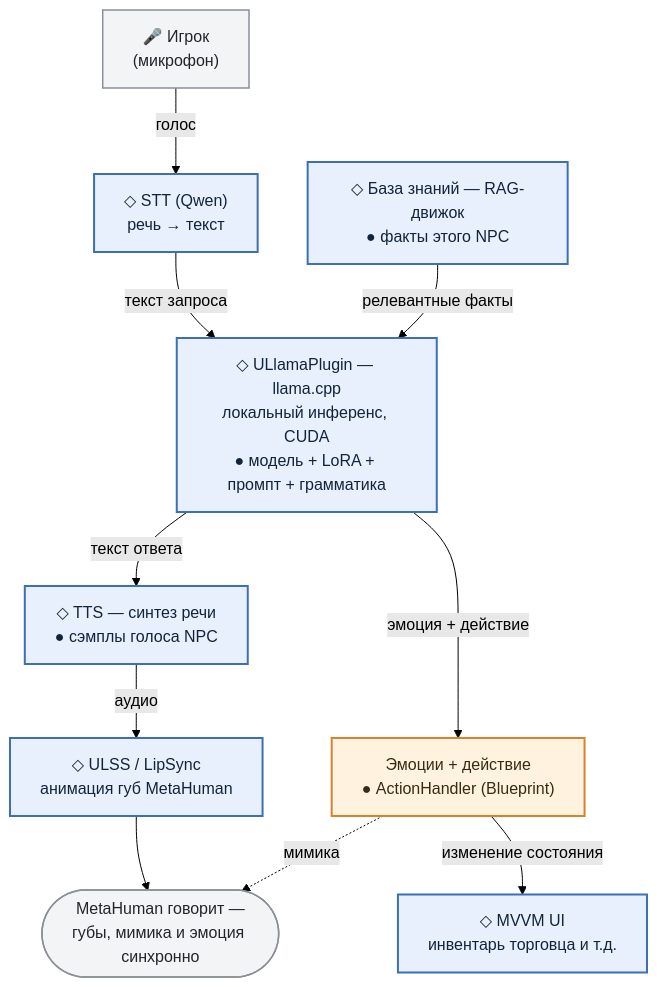
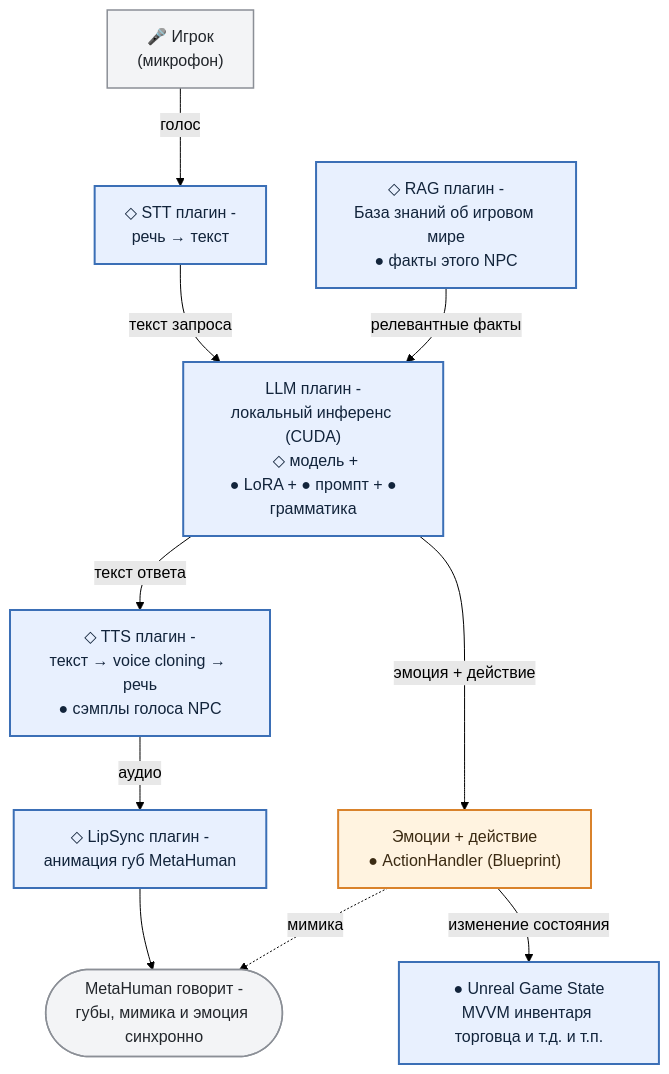
One commit to MimusTriurus/ullama_demo changed the diagram in docs/parts/section-01-overview.md. Above: the diagram before and after it, drawn with Mermaid (forest theme). The commit also changed other lines of this file and 4 other files, not shown here.

````diff
--- a/docs/parts/section-01-overview.md
+++ b/docs/parts/section-01-overview.md
@@ -29,30 +31,30 @@
 ```mermaid
 flowchart TD
     Player["🎤 Игрок<br/>(микрофон)"]
-    STT["◇ STT (Qwen)<br/>речь → текст"]
-    KB["◇ База знаний — RAG-движок<br/>● факты этого NPC"]
-    LLM["◇ ULlamaPlugin — llama.cpp<br/>локальный инференс, CUDA<br/>● модель + LoRA + промпт + грамматика"]
-    TTS["◇ TTS — синтез речи<br/>● сэмплы голоса NPC"]
+    STT["◇ STT плагин -<br/>речь → текст"]
+    KB["◇ RAG плагин -<br/>База знаний об игровом мире<br/>● факты этого NPC"]
+    LLM["LLM плагин -<br/>локальный инференс (CUDA)<br/> ◇ модель +<br/> ● LoRA + ● промпт + ● грамматика"]
+    TTS["◇ TTS плагин -<br/>текст → voice cloning → речь<br/>● сэмплы голоса NPC"]
     ACT["Эмоции + действие<br/>● ActionHandler (Blueprint)"]
-    LS["◇ ULSS / LipSync<br/>анимация губ MetaHuman"]
-    UI["◇ MVVM UI<br/>инвентарь торговца и т.д."]
-    OUT(["MetaHuman говорит —<br/>губы, мимика и эмоция синхронно"])
+    LS["◇ LipSync плагин -<br/>анимация губ MetaHuman"]
+    UI["● Unreal Game State<br/>MVVM инвентаря торговца и т.д. и т.п."]
+    OUT(["MetaHuman говорит -<br/>губы, мимика и эмоция синхронно"])
 
     Player -- голос --> STT
     STT -- текст запроса --> LLM
     KB -- релевантные факты --> LLM
     LLM -- текст ответа --> TTS
     LLM -- "эмоция + действие" --> ACT
     TTS -- аудио --> LS
     ACT -- изменение состояния --> UI
     LS --> OUT
     ACT -. мимика .-> OUT
 
     classDef frame fill:#e8f0fe,stroke:#3b6fb6,stroke-width:2px,color:#12243b
     classDef swap fill:#fff3e0,stroke:#d9822b,stroke-width:2px,color:#3b2a12
     classDef edge fill:#f3f4f6,stroke:#8b8f96,stroke-width:1.5px,color:#22262b
 
     class STT,KB,LLM,TTS,LS,UI frame
     class ACT swap
     class Player,OUT edge
 ```
````
